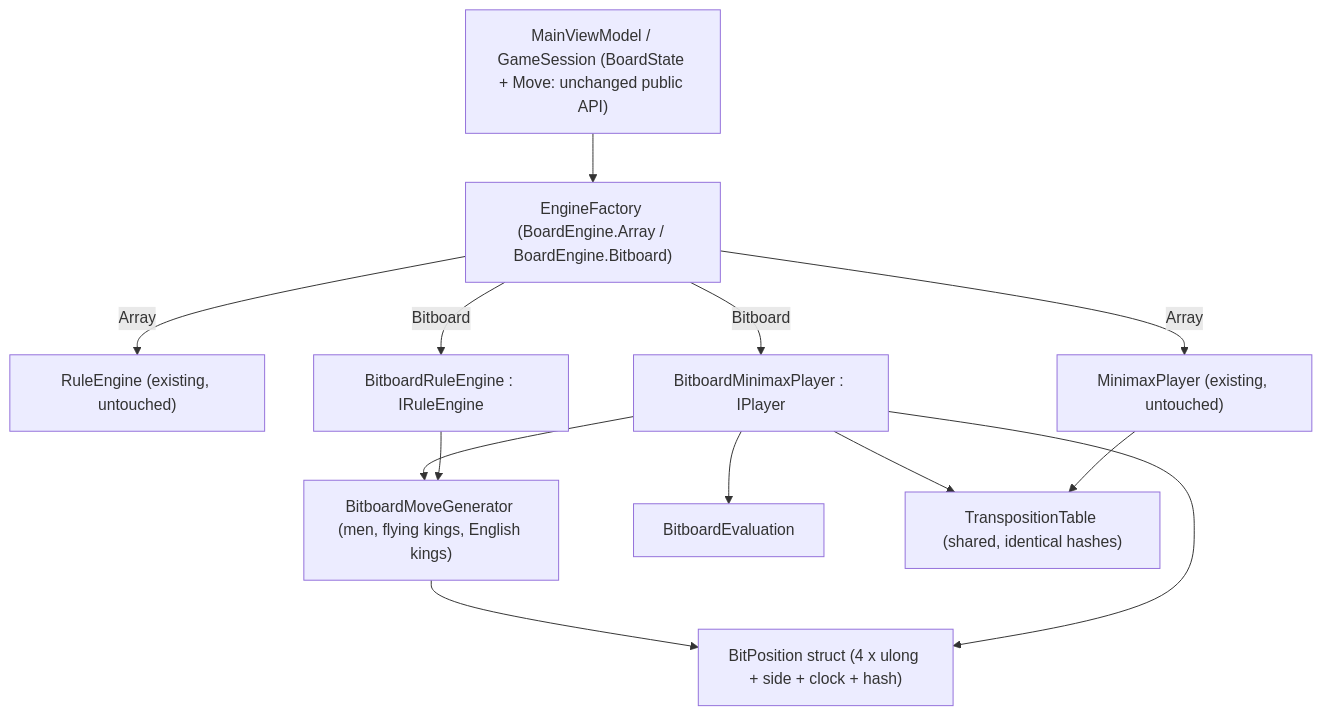
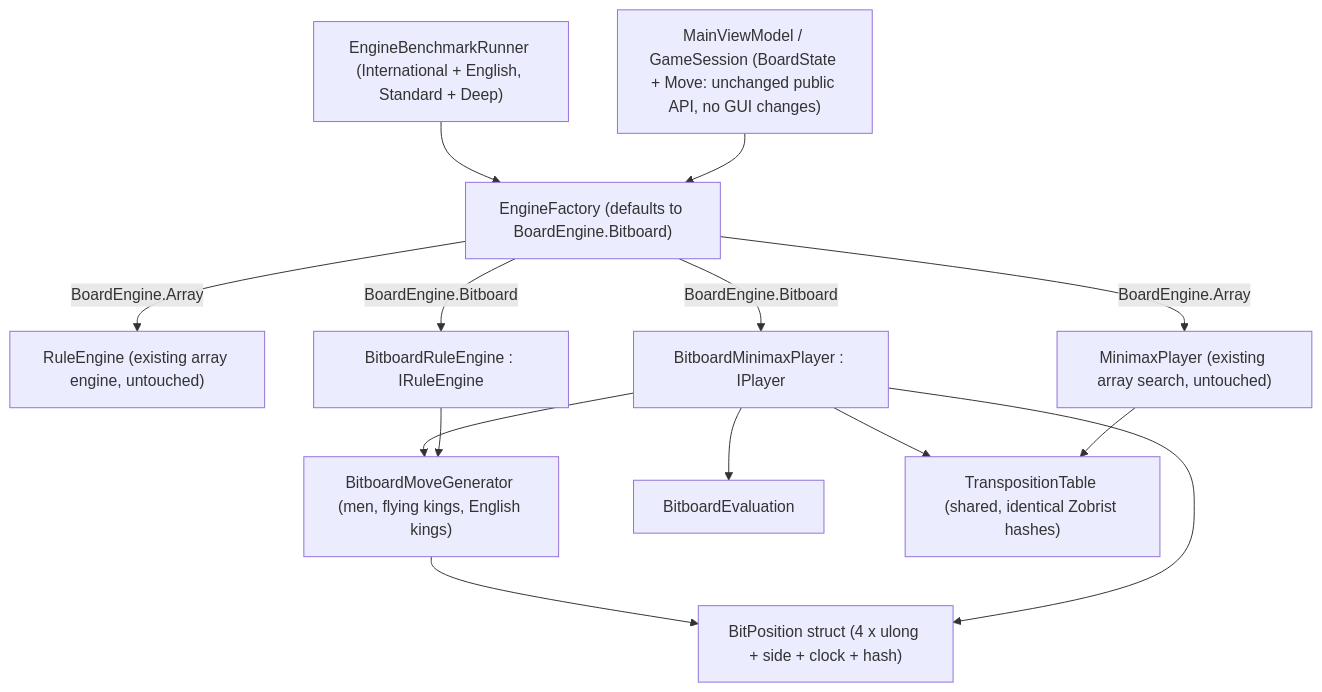
The diagram in bitboard_implementation_plan.md (cjp-dev/Checkers), drawn with Mermaid before and after one commit. The commit also changed other lines of this file, not shown here.

````diff
--- a/bitboard_implementation_plan.md
+++ b/bitboard_implementation_plan.md
@@ -39,15 +37,16 @@
 ```mermaid
 flowchart TD
-    UI["MainViewModel / GameSession (BoardState + Move: unchanged public API)"] --> F["EngineFactory (BoardEngine.Array / BoardEngine.Bitboard)"]
-    F -->|Array| RE["RuleEngine (existing, untouched)"]
-    F -->|Array| MP["MinimaxPlayer (existing, untouched)"]
-    F -->|Bitboard| BRE["BitboardRuleEngine : IRuleEngine"]
-    F -->|Bitboard| BMP["BitboardMinimaxPlayer : IPlayer"]
+    UI["MainViewModel / GameSession (BoardState + Move: unchanged public API, no GUI changes)"] --> F["EngineFactory (defaults to BoardEngine.Bitboard)"]
+    BM["EngineBenchmarkRunner (International + English, Standard + Deep)"] --> F
+    F -->|BoardEngine.Array| RE["RuleEngine (existing array engine, untouched)"]
+    F -->|BoardEngine.Array| MP["MinimaxPlayer (existing array search, untouched)"]
+    F -->|BoardEngine.Bitboard| BRE["BitboardRuleEngine : IRuleEngine"]
+    F -->|BoardEngine.Bitboard| BMP["BitboardMinimaxPlayer : IPlayer"]
     BRE --> GEN["BitboardMoveGenerator (men, flying kings, English kings)"]
     BMP --> GEN
     BMP --> EV["BitboardEvaluation"]
     BMP --> POS["BitPosition struct (4 x ulong + side + clock + hash)"]
     GEN --> POS
-    MP --> TT["TranspositionTable (shared, identical hashes)"]
+    MP --> TT["TranspositionTable (shared, identical Zobrist hashes)"]
     BMP --> TT
 ```
````
